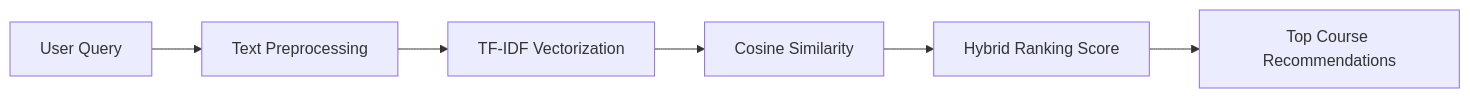
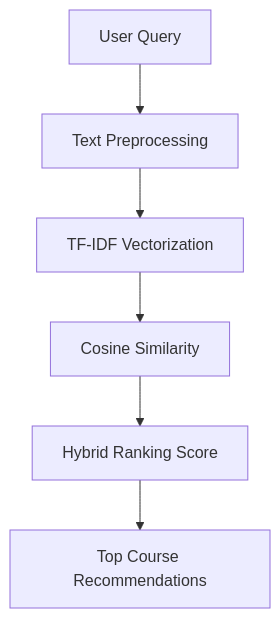
The diagram in README.md (Vedrockerz/Course-Recommendation-System), drawn with Mermaid before and after one commit. The commit also changed other lines of this file, not shown here.

````diff
--- a/README.md
+++ b/README.md
@@ -24,8 +42,8 @@
 ```mermaid
-graph LR
+graph TD
     A[User Query] --> B[Text Preprocessing]
     B --> C[TF-IDF Vectorization]
     C --> D[Cosine Similarity]
     D --> E[Hybrid Ranking Score]
     E --> F[Top Course Recommendations]
 ```
````
